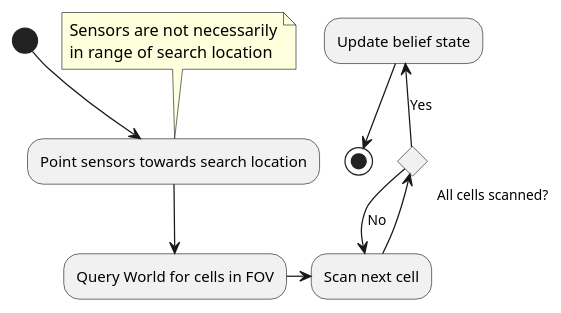
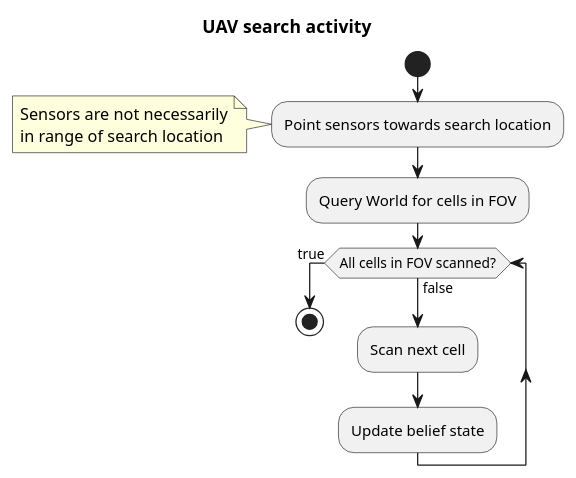
The diagram in dissertation/diagrams/uav_activity_search.pu (tansir1/thesis), drawn with PlantUML before and after one commit.

Commit message:
Converted search activity to newest PlantUML syntax.

```diff
--- a/dissertation/diagrams/uav_activity_search.pu
+++ b/dissertation/diagrams/uav_activity_search.pu
@@ -1,16 +1,22 @@
 @startuml
 
-(*) -d-> "Point sensors towards search location"
-note top
+title UAV search activity
+
+start
+
+:Point sensors towards search location;
+note left
   Sensors are not necessarily
   in range of search location
 end note
--d-> "Query World for cells in FOV"
--r-> "Scan next cell" as scan
--u-> if "All cells scanned?" then
-  -u->[Yes] "Update belief state"
-  --> (*)
-  else
-    -->[No] scan
+
+:Query World for cells in FOV;
+while (All cells in FOV scanned?) is (false)
+  :Scan next cell;
+  :Update belief state;
+endwhile (true)
+
+stop
+
 
 @enduml
```
